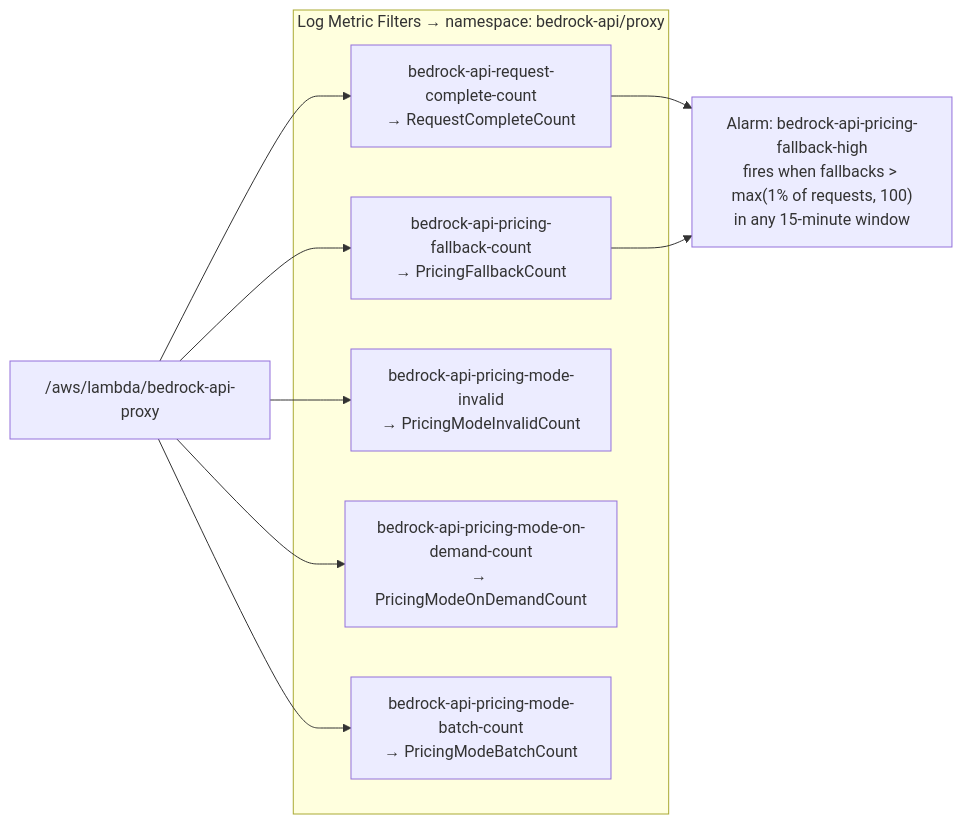
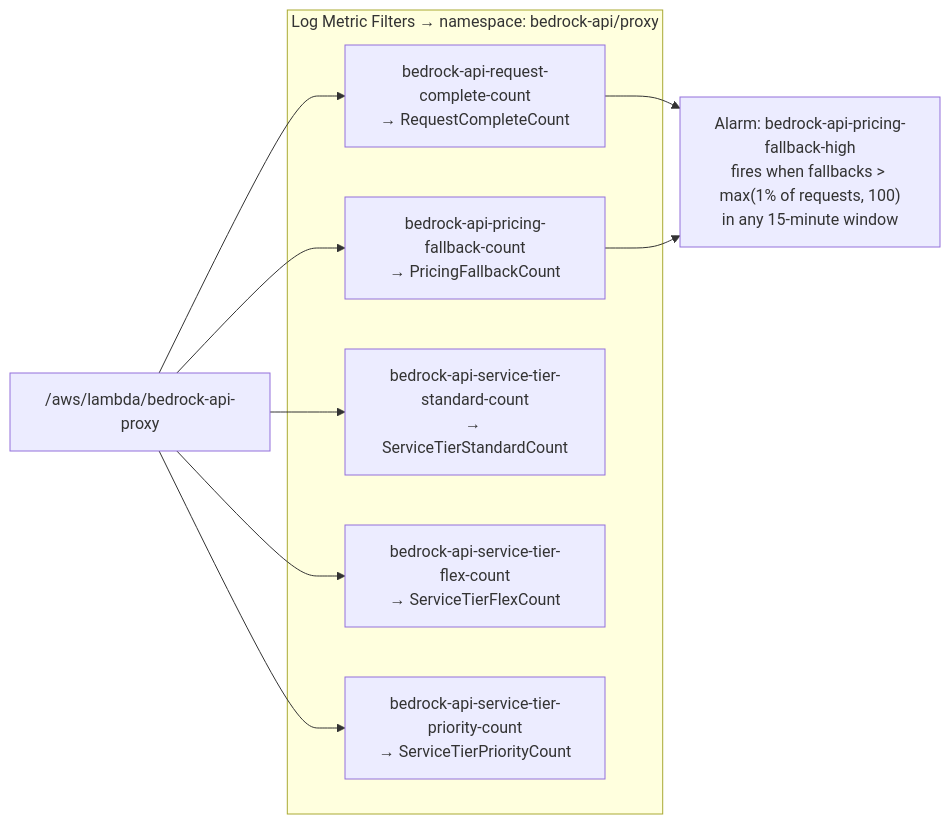
One commit to smarttransit-ai/bedrock-api changed the fifth of 5 diagrams in docs/architecture.md. Above: the diagram before and after it, drawn with Mermaid. The commit also changed other lines of this file and 4 other files, not shown here.

First line of the commit message:
Document service-tier billing

````diff
--- a/docs/architecture.md
+++ b/docs/architecture.md
@@ -205,22 +213,22 @@
 ```mermaid
 graph LR
     Logs["/aws/lambda/bedrock-api-proxy"]
 
     subgraph Filters["Log Metric Filters → namespace: bedrock-api/proxy"]
         F1["bedrock-api-request-complete-count<br/>→ RequestCompleteCount"]
         F2["bedrock-api-pricing-fallback-count<br/>→ PricingFallbackCount"]
-        F3["bedrock-api-pricing-mode-invalid<br/>→ PricingModeInvalidCount"]
-        F4["bedrock-api-pricing-mode-on-demand-count<br/>→ PricingModeOnDemandCount"]
-        F5["bedrock-api-pricing-mode-batch-count<br/>→ PricingModeBatchCount"]
+        F3["bedrock-api-service-tier-standard-count<br/>→ ServiceTierStandardCount"]
+        F4["bedrock-api-service-tier-flex-count<br/>→ ServiceTierFlexCount"]
+        F5["bedrock-api-service-tier-priority-count<br/>→ ServiceTierPriorityCount"]
     end
 
     Alarm["Alarm: bedrock-api-pricing-fallback-high<br/>fires when fallbacks &gt; max(1% of requests, 100)<br/>in any 15-minute window"]
 
     Logs --> F1
     Logs --> F2
     Logs --> F3
     Logs --> F4
     Logs --> F5
     F1 --> Alarm
     F2 --> Alarm
 ```
````
